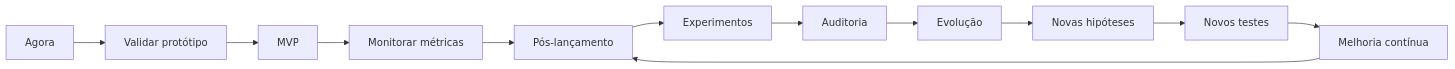
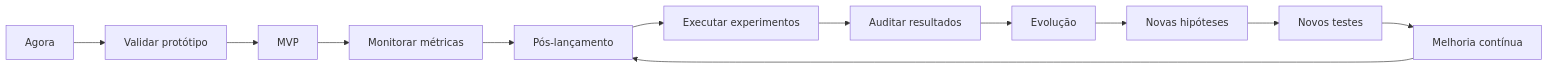
One commit to sanfergio/at-ux-infnet changed diagram 17 of 17 in portfolio.md. Above: the diagram before and after it, drawn with Mermaid. The commit also changed other lines of this file, not shown here.

````diff
--- a/portfolio.md
+++ b/portfolio.md
@@ -592,22 +613,22 @@
 ```mermaid
 flowchart LR
     A["Agora"]
     B["MVP"]
     C["Pós-lançamento"]
     D["Evolução"]
 
     A --> A1["Validar protótipo"]
     A1 --> B
 
     B --> B1["Monitorar métricas"]
     B1 --> C
 
-    C --> C1["Experimentos"]
-    C1 --> C2["Auditoria"]
+    C --> C1["Executar experimentos"]
+    C1 --> C2["Auditar resultados"]
     C2 --> D
 
     D --> D1["Novas hipóteses"]
     D1 --> D2["Novos testes"]
     D2 --> D3["Melhoria contínua"]
     D3 --> C
 ```
````
